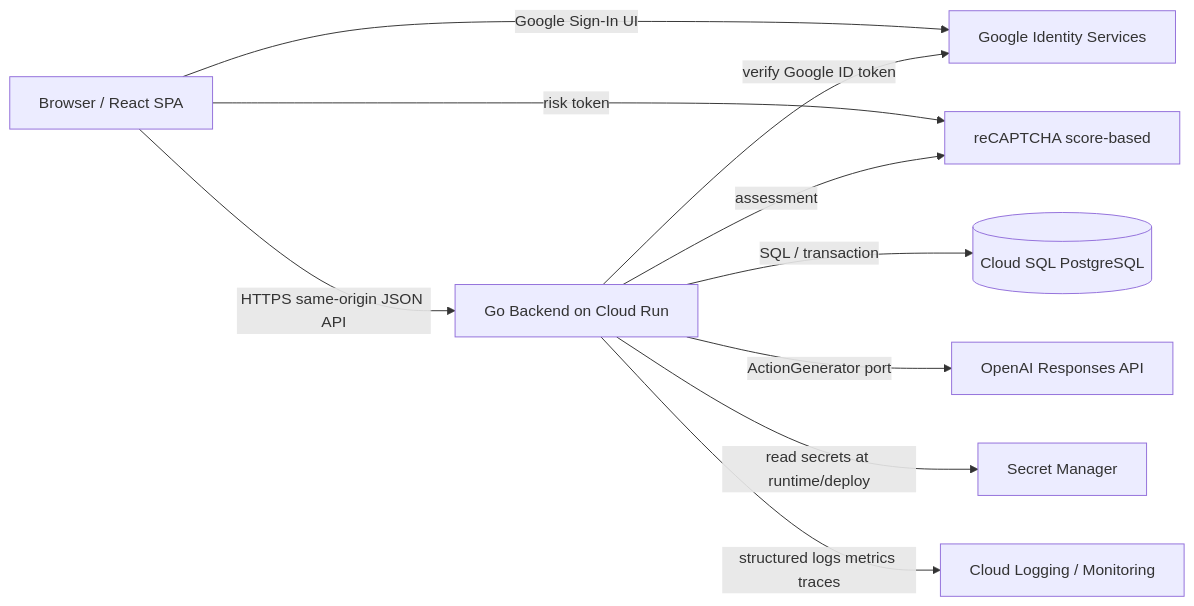
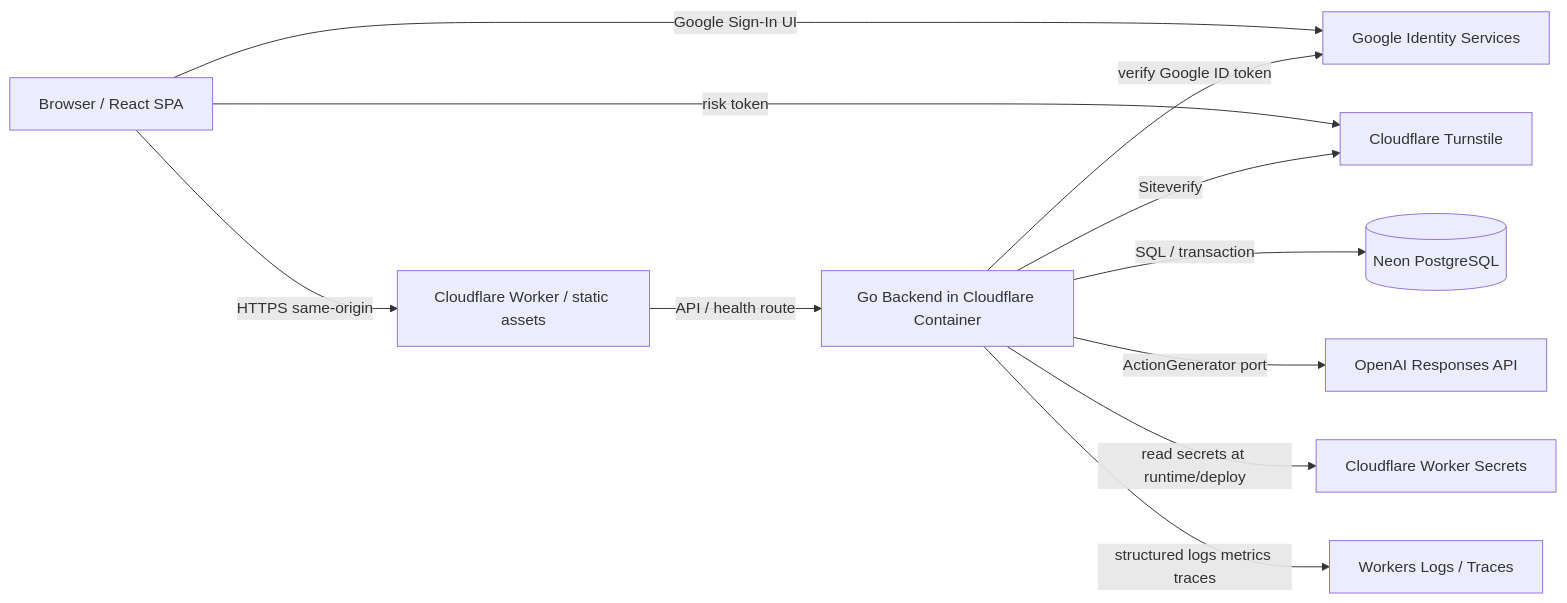
One commit to fukamu/cycle changed the first of 8 diagrams in docs/design.md. Above: the diagram before and after it, drawn with Mermaid. The commit also changed other lines of this file and 53 other files, not shown here.

````diff
--- a/docs/design.md
+++ b/docs/design.md
@@ -162,21 +163,23 @@
 ```mermaid
 flowchart LR
     U[Browser / React SPA]
     G[Google Identity Services]
-    R[reCAPTCHA score-based]
-    B[Go Backend on Cloud Run]
-    D[(Cloud SQL PostgreSQL)]
+    R[Cloudflare Turnstile]
+    W[Cloudflare Worker / static assets]
+    B[Go Backend in Cloudflare Container]
+    D[(Neon PostgreSQL)]
     O[OpenAI Responses API]
-    S[Secret Manager]
-    L[Cloud Logging / Monitoring]
+    S[Cloudflare Worker Secrets]
+    L[Workers Logs / Traces]
 
-    U -->|HTTPS same-origin JSON API| B
+    U -->|HTTPS same-origin| W
+    W -->|API / health route| B
     U -->|Google Sign-In UI| G
     U -->|risk token| R
     B -->|verify Google ID token| G
-    B -->|assessment| R
+    B -->|Siteverify| R
     B -->|SQL / transaction| D
     B -->|ActionGenerator port| O
     B -->|read secrets at runtime/deploy| S
     B -->|structured logs metrics traces| L
 ```
````
